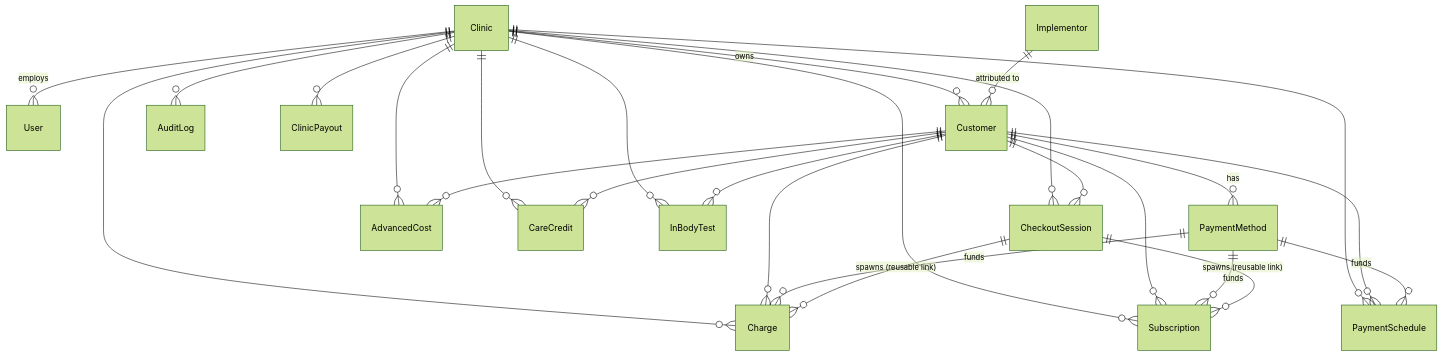
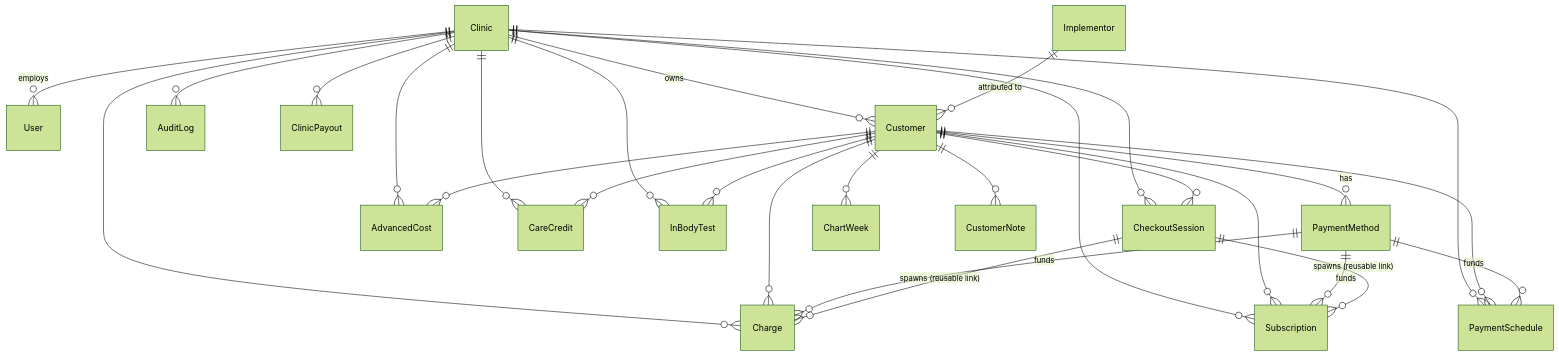
One commit to jonathanbodnar/RevOS changed the diagram in docs/data-model.md. Above: the diagram before and after it, drawn with Mermaid (forest theme). The commit also changed other lines of this file and 21 other files, not shown here.

````diff
--- a/docs/data-model.md
+++ b/docs/data-model.md
@@ -9,32 +9,34 @@
 ```mermaid
 erDiagram
     Clinic ||--o{ User : "employs"
     Clinic ||--o{ Customer : "owns"
     Clinic ||--o{ Charge : ""
     Clinic ||--o{ Subscription : ""
     Clinic ||--o{ PaymentSchedule : ""
     Clinic ||--o{ CheckoutSession : ""
     Clinic ||--o{ AuditLog : ""
     Clinic ||--o{ AdvancedCost : ""
     Clinic ||--o{ CareCredit : ""
     Clinic ||--o{ ClinicPayout : ""
     Clinic ||--o{ InBodyTest : ""
 
     Implementor ||--o{ Customer : "attributed to"
 
     Customer ||--o{ PaymentMethod : "has"
     Customer ||--o{ Charge : ""
     Customer ||--o{ Subscription : ""
     Customer ||--o{ PaymentSchedule : ""
     Customer ||--o{ CheckoutSession : ""
     Customer ||--o{ CareCredit : ""
     Customer ||--o{ AdvancedCost : ""
     Customer ||--o{ InBodyTest : ""
+    Customer ||--o{ ChartWeek : ""
+    Customer ||--o{ CustomerNote : ""
 
     PaymentMethod ||--o{ Charge : "funds"
     PaymentMethod ||--o{ Subscription : "funds"
     PaymentMethod ||--o{ PaymentSchedule : "funds"
 
     CheckoutSession ||--o{ Charge : "spawns (reusable link)"
     CheckoutSession ||--o{ Subscription : "spawns (reusable link)"
 ```
````
